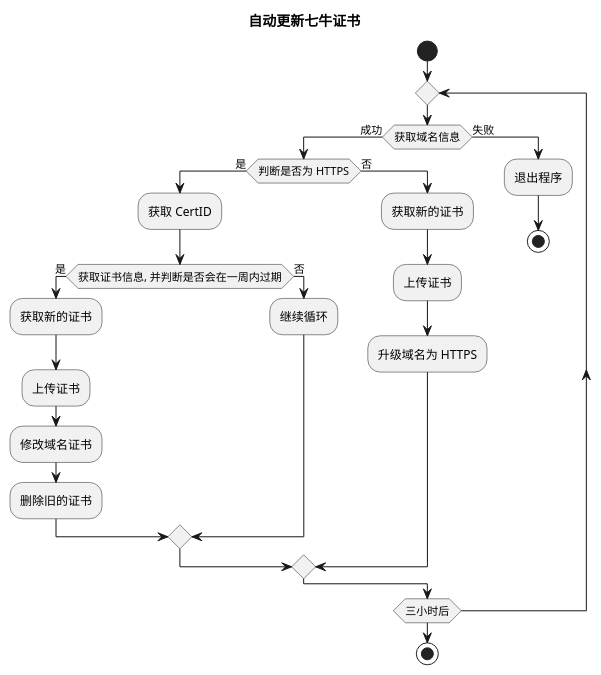
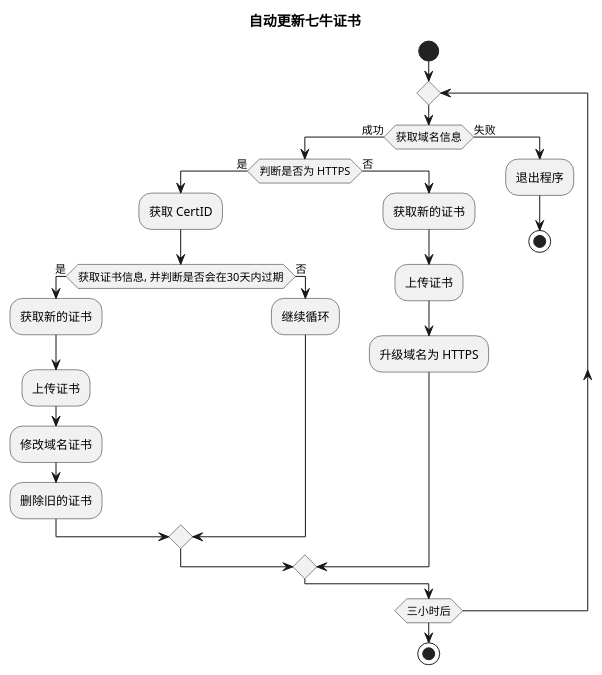
Before and after one commit to tuotoo/qiniu-auto-cert: the diagram in auto-cert.puml, drawn with PlantUML. The commit also changed 2 other files, not shown here.

```diff
--- a/auto-cert.puml
+++ b/auto-cert.puml
@@ -1,29 +1,29 @@
 @startuml
 
 title: 自动更新七牛证书
 start
 repeat
     if (获取域名信息) then (成功)
         if (判断是否为 HTTPS) then (是)
             :获取 CertID;
-            if (获取证书信息, 并判断是否会在一周内过期) then (是)
+            if (获取证书信息, 并判断是否会在30天内过期) then (是)
                 :获取新的证书;
                 :上传证书;
                 :修改域名证书;
                 :删除旧的证书;
             else (否)
                 :继续循环;
             endif
         else (否)
             :获取新的证书;
             :上传证书;
             :升级域名为 HTTPS;
         endif
     else (失败)
         :退出程序;
         stop
     endif
 repeat while (三小时后)
 stop
 
 @enduml
```
